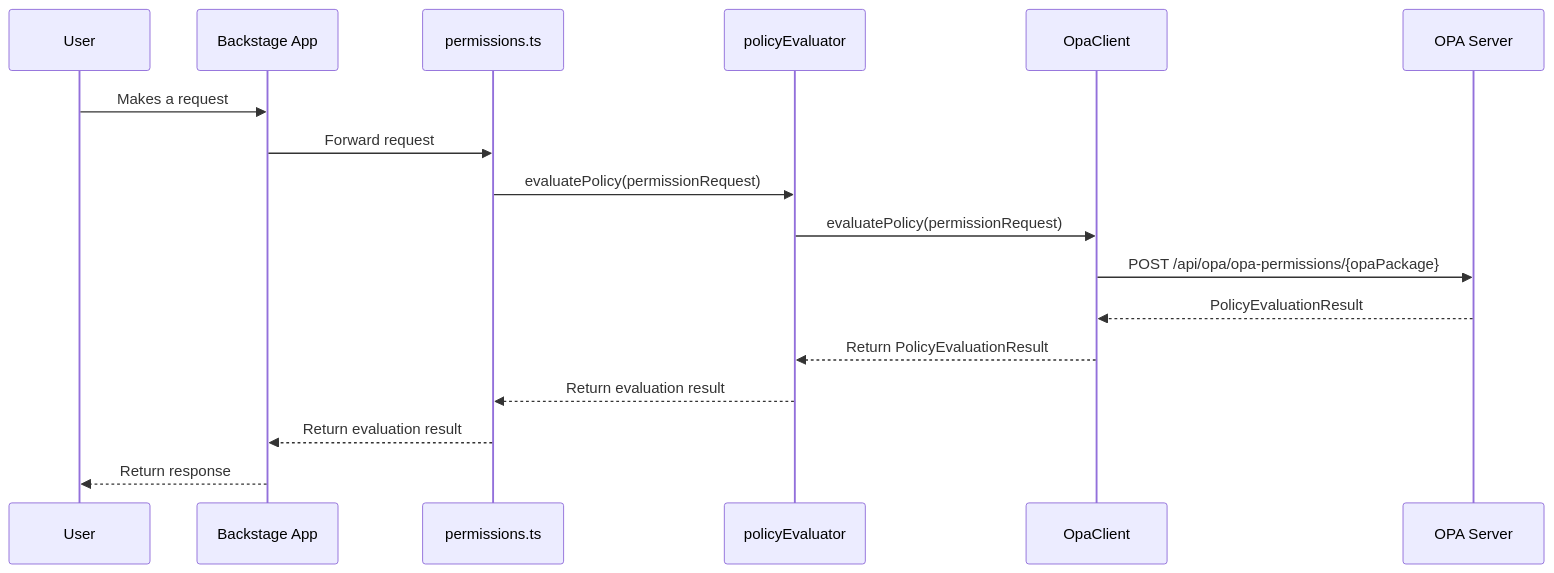
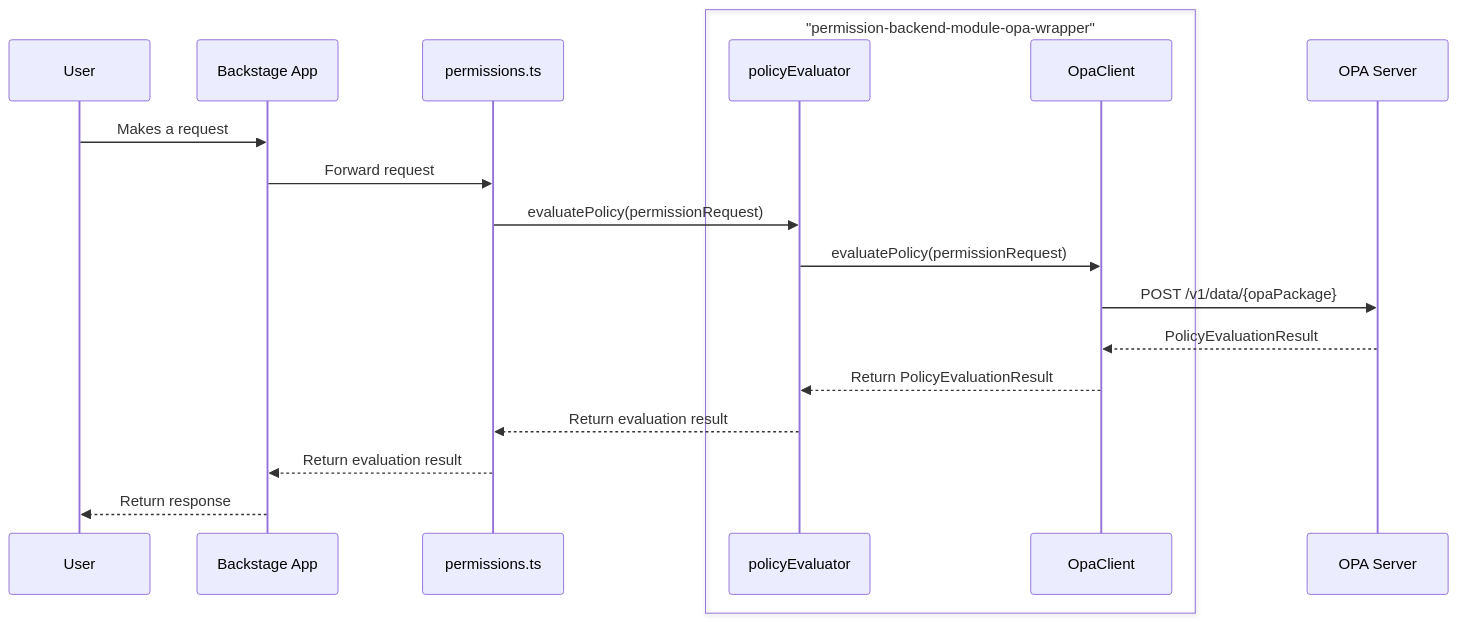
One commit to Parsifal-M/backstage-opa-plugins changed the second of 3 diagrams in docs/opa-plugins-architecture.md. Above: the diagram before and after it, drawn with Mermaid. The commit also changed other lines of this file, not shown here.

First line of the commit message:
update architecture docs (#133)

````diff
--- a/docs/opa-plugins-architecture.md
+++ b/docs/opa-plugins-architecture.md
@@ -23,21 +21,22 @@
 ```mermaid
-
 sequenceDiagram
     participant User
     participant Backstage App
     participant permissions.ts
-    participant policyEvaluator
-    participant OpaClient
+    box "permission-backend-module-opa-wrapper"
+        participant policyEvaluator
+        participant OpaClient
+    end
     participant OPA Server
 
     User->>Backstage App: Makes a request
     Backstage App->>permissions.ts: Forward request
     permissions.ts->>policyEvaluator: evaluatePolicy(permissionRequest)
     policyEvaluator->>OpaClient: evaluatePolicy(permissionRequest)
-    OpaClient->>OPA Server: POST /api/opa/opa-permissions/{opaPackage}
+    OpaClient->>OPA Server: POST /v1/data/{opaPackage}
     OPA Server-->>OpaClient: PolicyEvaluationResult
     OpaClient-->>policyEvaluator: Return PolicyEvaluationResult
     policyEvaluator-->>permissions.ts: Return evaluation result
     permissions.ts-->>Backstage App: Return evaluation result
     Backstage App-->>User: Return response
 ```
````
